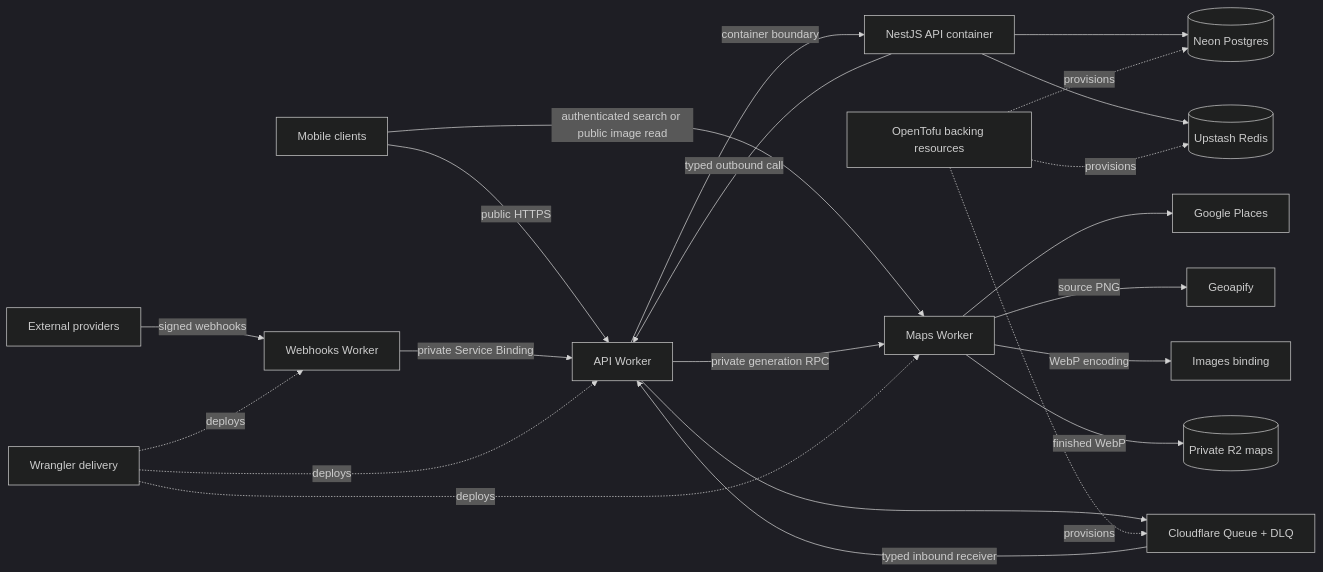
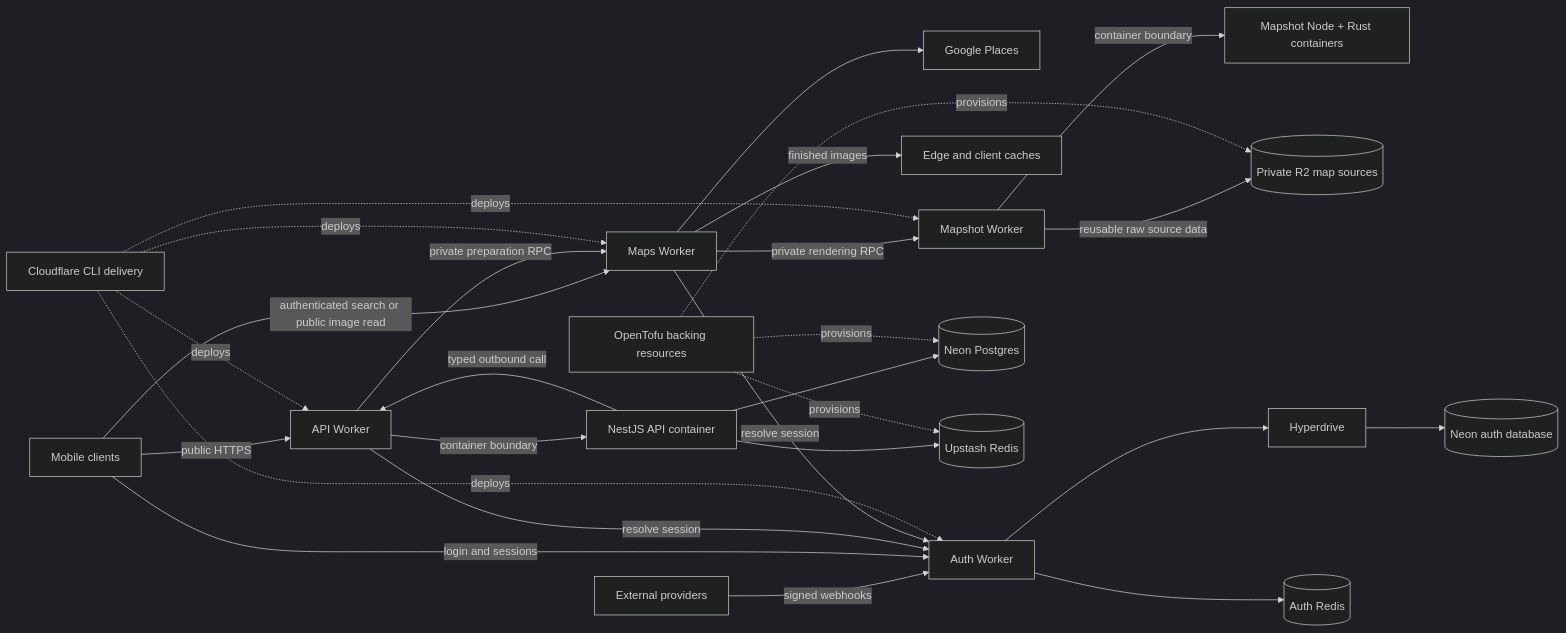
The diagram in README.md (Cataqui/backend), drawn with Mermaid (dark theme) before and after one commit. The commit also changed other lines of this file and 1404 other files, not shown here.

````diff
--- a/README.md
+++ b/README.md
@@ -50,29 +50,34 @@
 ```mermaid
 flowchart LR
     Client[Mobile clients] -->|public HTTPS| ApiWorker[API Worker]
     ApiWorker -->|container boundary| Api[NestJS API container]
 
     Client -->|authenticated search or public image read| Maps[Maps Worker]
     Maps --> Places[Google Places]
-    ApiWorker -->|private generation RPC| Maps
-    Maps -->|source PNG| Geoapify[Geoapify]
-    Maps -->|WebP encoding| Images[Images binding]
-    Maps -->|finished WebP| R2[(Private R2 maps)]
+    ApiWorker -->|private preparation RPC| Maps
+    Maps -->|private rendering RPC| Mapshot[Mapshot Worker]
+    Mapshot -->|container boundary| Renderer[Mapshot Node + Rust containers]
+    Mapshot -->|reusable raw source data| R2[(Private R2 map sources)]
+    Maps -->|finished images| Cache[Edge and client caches]
 
-    Providers[External providers] -->|signed webhooks| Webhooks[Webhooks Worker]
-    Webhooks -->|private Service Binding| ApiWorker
+    Providers[External providers] -->|signed webhooks| Auth[Auth Worker]
+    Client -->|login and sessions| Auth
+    ApiWorker -->|resolve session| Auth
+    Maps -->|resolve session| Auth
+    Auth --> Hyperdrive[Hyperdrive]
+    Hyperdrive --> AuthDb[(Neon auth database)]
+    Auth --> AuthRedis[(Auth Redis)]
 
     Api --> Postgres[(Neon Postgres)]
     Api --> Redis[(Upstash Redis)]
     Api -->|typed outbound call| ApiWorker
-    ApiWorker --> Queue[Cloudflare Queue + DLQ]
-    Queue -->|typed inbound receiver| ApiWorker
 
-    Wrangler[Wrangler delivery] -. deploys .-> ApiWorker
-    Wrangler -. deploys .-> Maps
-    Wrangler -. deploys .-> Webhooks
+    Cloudflare[Cloudflare CLI delivery] -. deploys .-> ApiWorker
+    Cloudflare -. deploys .-> Maps
+    Cloudflare -. deploys .-> Mapshot
+    Cloudflare -. deploys .-> Auth
 
-    Infra[OpenTofu backing resources] -. provisions .-> Queue
+    Infra[OpenTofu backing resources] -. provisions .-> R2
     Infra -. provisions .-> Postgres
     Infra -. provisions .-> Redis
 ```
````
